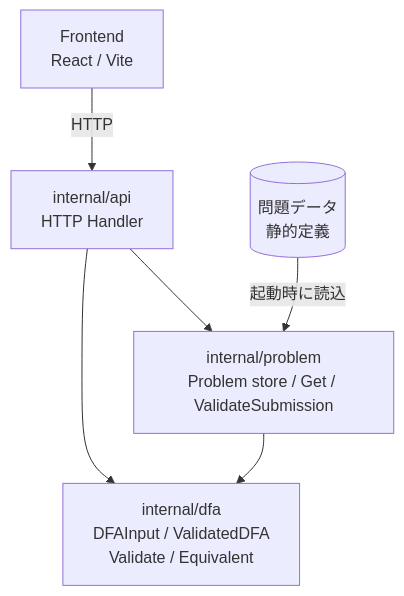
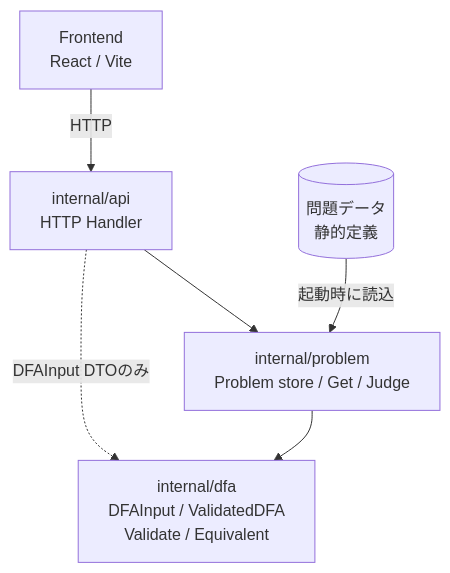
Before and after one commit to automaton-games/fa-design-game: the first of 4 diagrams in docs/reference/system-design.md, drawn with Mermaid. The commit also changed other lines of this file and 5 other files, not shown here.

````diff
--- a/docs/reference/system-design.md
+++ b/docs/reference/system-design.md
@@ -25,13 +25,13 @@
 ```mermaid
 graph TD
     FE["Frontend<br/>React / Vite"]
     API["internal/api<br/>HTTP Handler"]
-    PROB["internal/problem<br/>Problem store / Get / ValidateSubmission"]
+    PROB["internal/problem<br/>Problem store / Get / Judge"]
     DFA["internal/dfa<br/>DFAInput / ValidatedDFA<br/>Validate / Equivalent"]
     DATA[("問題データ<br/>静的定義")]
     FE -->|HTTP| API
     API --> PROB
-    API --> DFA
+    API -.->|DFAInput DTOのみ| DFA
     PROB --> DFA
     DATA -->|起動時に読込| PROB
 ```
````
